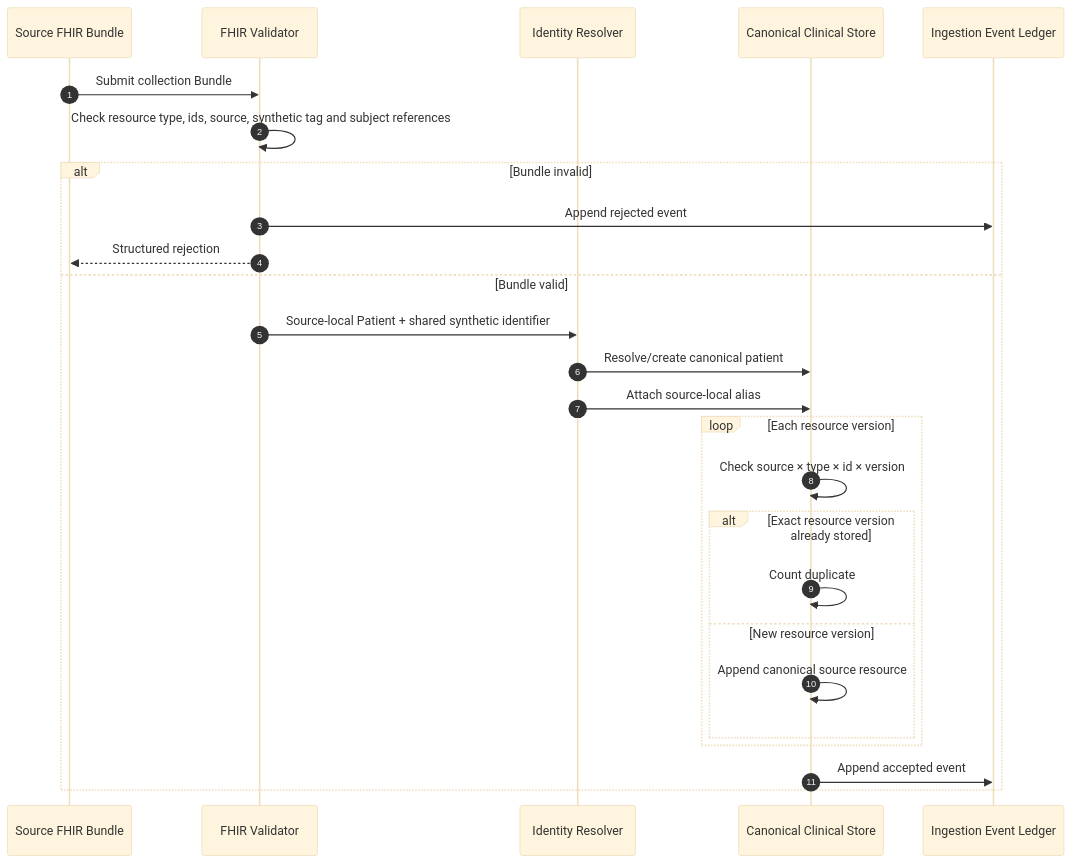
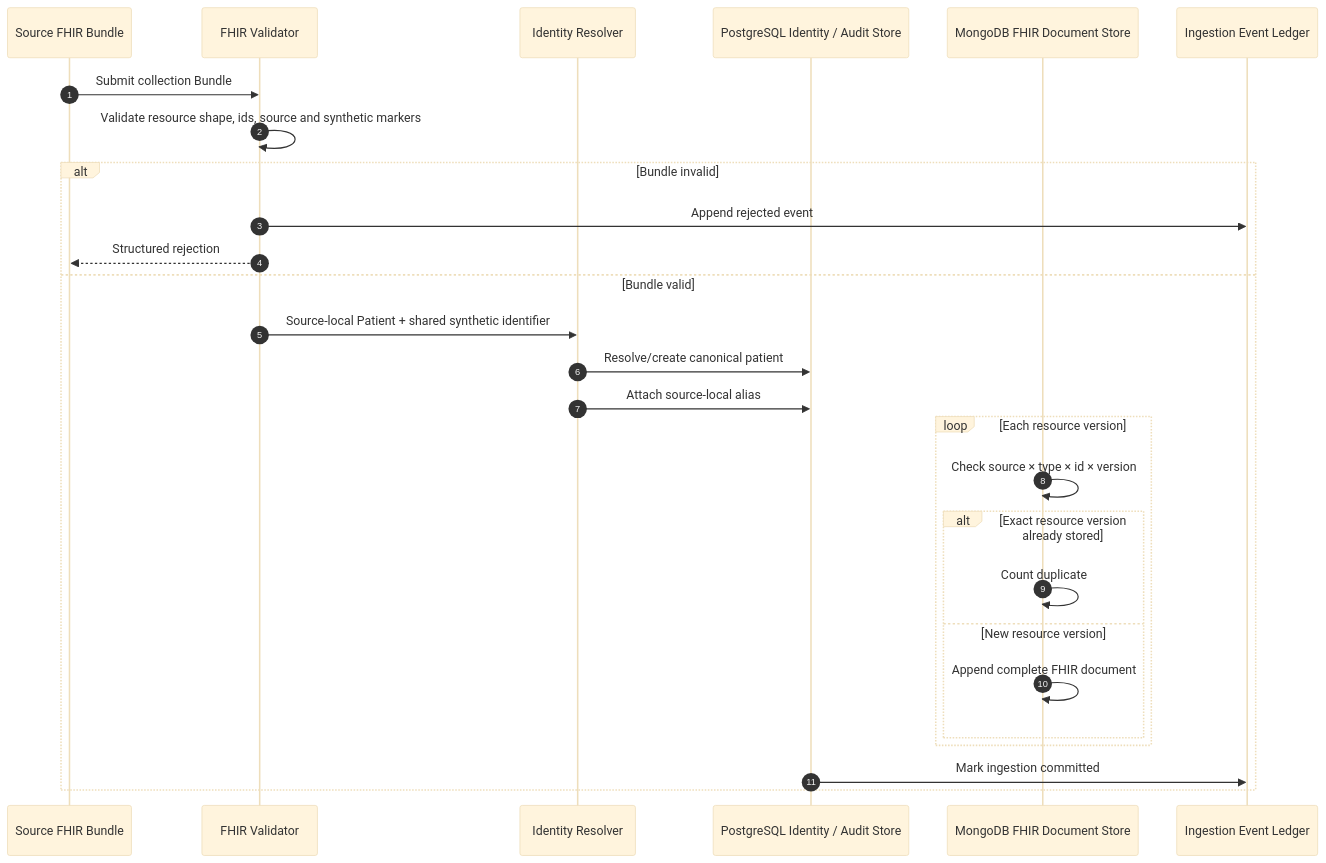
Before and after one commit to DiogoRibeiro7/sns-patient-360: the first of 4 diagrams in docs/architecture/ingestion-persistence.md, drawn with Mermaid (base theme). The commit also changed other lines of this file, not shown here.

Commit message:
docs: define polyglot persistence architecture

````diff
--- a/docs/architecture/ingestion-persistence.md
+++ b/docs/architecture/ingestion-persistence.md
@@ -11,30 +11,31 @@
 ```mermaid
 sequenceDiagram
     autonumber
     participant Source as Source FHIR Bundle
     participant Validator as FHIR Validator
     participant Resolver as Identity Resolver
-    participant Store as Canonical Clinical Store
+    participant SQL as PostgreSQL Identity / Audit Store
+    participant Mongo as MongoDB FHIR Document Store
     participant Ledger as Ingestion Event Ledger
 
     Source->>Validator: Submit collection Bundle
-    Validator->>Validator: Check resource type, ids, source, synthetic tag and subject references
+    Validator->>Validator: Validate resource shape, ids, source and synthetic markers
 
     alt Bundle invalid
         Validator->>Ledger: Append rejected event
         Validator-->>Source: Structured rejection
     else Bundle valid
         Validator->>Resolver: Source-local Patient + shared synthetic identifier
-        Resolver->>Store: Resolve/create canonical patient
-        Resolver->>Store: Attach source-local alias
+        Resolver->>SQL: Resolve/create canonical patient
+        Resolver->>SQL: Attach source-local alias
         loop Each resource version
-            Store->>Store: Check source × type × id × version
+            Mongo->>Mongo: Check source × type × id × version
             alt Exact resource version already stored
-                Store->>Store: Count duplicate
+                Mongo->>Mongo: Count duplicate
             else New resource version
-                Store->>Store: Append canonical source resource
+                Mongo->>Mongo: Append complete FHIR document
             end
         end
-        Store->>Ledger: Append accepted event
+        SQL->>Ledger: Mark ingestion committed
     end
 ```
````
